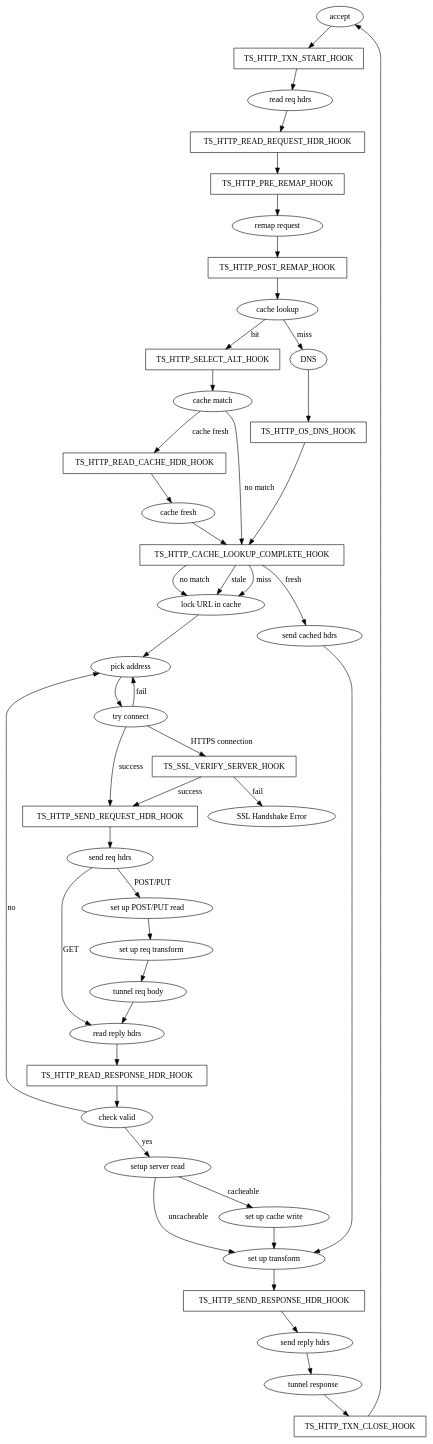
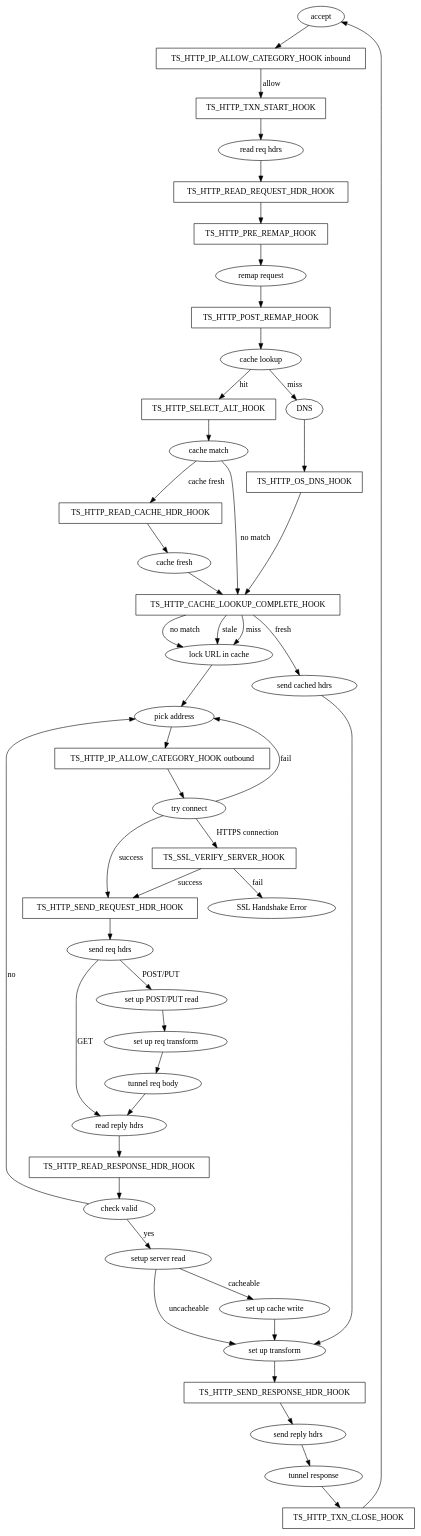
The diagram in doc/developer-guide/plugins/hooks-and-transactions/index.en.rst (apache/trafficserver), drawn with Graphviz before and after one commit. The commit also changed 27 other files, not shown here.

First line of the commit message:
Core implementation of ip_category for ip_allow.yaml

```diff
--- a/doc/developer-guide/plugins/hooks-and-transactions/index.en.rst
+++ b/doc/developer-guide/plugins/hooks-and-transactions/index.en.rst
@@ -96,68 +96,72 @@
 .. graphviz::
    :alt: HTTP Transaction State Diagram
 
    digraph http_txn_state_diagram{
-     accept -> TS_HTTP_TXN_START_HOOK;
+     accept -> "TS_HTTP_IP_ALLOW_CATEGORY_HOOK inbound";
+     "TS_HTTP_IP_ALLOW_CATEGORY_HOOK inbound" -> TS_HTTP_TXN_START_HOOK [label = "allow"];
      TS_HTTP_TXN_START_HOOK -> "read req hdrs";
      "read req hdrs" -> TS_HTTP_READ_REQUEST_HDR_HOOK;
      TS_HTTP_READ_REQUEST_HDR_HOOK -> TS_HTTP_PRE_REMAP_HOOK;
      TS_HTTP_PRE_REMAP_HOOK -> "remap request";
      "remap request" -> TS_HTTP_POST_REMAP_HOOK;
      TS_HTTP_POST_REMAP_HOOK -> "cache lookup";
      "cache lookup" -> DNS [label = "miss"];
      DNS -> TS_HTTP_OS_DNS_HOOK;
      TS_HTTP_OS_DNS_HOOK -> TS_HTTP_CACHE_LOOKUP_COMPLETE_HOOK;
      "cache lookup" -> TS_HTTP_SELECT_ALT_HOOK [label = "hit"];
      TS_HTTP_SELECT_ALT_HOOK -> "cache match";
      "cache match" -> TS_HTTP_CACHE_LOOKUP_COMPLETE_HOOK [label="no match"];
      "cache match" -> TS_HTTP_READ_CACHE_HDR_HOOK [label = "cache fresh"];
      TS_HTTP_READ_CACHE_HDR_HOOK -> "cache fresh";
      "cache fresh" -> TS_HTTP_CACHE_LOOKUP_COMPLETE_HOOK;
      TS_HTTP_CACHE_LOOKUP_COMPLETE_HOOK -> "lock URL in cache" [label = "miss"];
      TS_HTTP_CACHE_LOOKUP_COMPLETE_HOOK -> "lock URL in cache" [label = "no match  "];
      TS_HTTP_CACHE_LOOKUP_COMPLETE_HOOK -> "lock URL in cache" [label = "stale"];
      TS_HTTP_CACHE_LOOKUP_COMPLETE_HOOK -> "send cached hdrs" [label = "fresh"];
      "send cached hdrs" -> "set up transform";
      "lock URL in cache" -> "pick address";
-     "pick address" -> "try connect" [label = "       "];
+     "pick address" -> "TS_HTTP_IP_ALLOW_CATEGORY_HOOK outbound";
+     "TS_HTTP_IP_ALLOW_CATEGORY_HOOK outbound" -> "try connect" [label = "       "];
      "try connect" -> "pick address" [label = "fail"];
      "try connect" -> TS_SSL_VERIFY_SERVER_HOOK [label = "HTTPS connection"];
      TS_SSL_VERIFY_SERVER_HOOK -> TS_HTTP_SEND_REQUEST_HDR_HOOK [label = "success"];
      TS_SSL_VERIFY_SERVER_HOOK -> "SSL Handshake Error" [label = "fail"];
      "try connect" -> TS_HTTP_SEND_REQUEST_HDR_HOOK [label = "success"];
      TS_HTTP_SEND_REQUEST_HDR_HOOK -> "send req hdrs";
      "send req hdrs" -> "set up POST/PUT read" [label = "POST/PUT"];
      "send req hdrs" -> "read reply hdrs" [label = "GET"];
      "set up POST/PUT read" -> "set up req transform";
      "set up req transform" -> "tunnel req body";
      "tunnel req body" -> "read reply hdrs";
      "read reply hdrs" -> TS_HTTP_READ_RESPONSE_HDR_HOOK;
      TS_HTTP_READ_RESPONSE_HDR_HOOK -> "check valid";
      "check valid" -> "setup server read" [label = "yes"];
      "check valid" -> "pick address" [label = "no"];
      "setup server read" -> "set up cache write" [label = "cacheable"];
      "setup server read" -> "set up transform" [label = "uncacheable"];
      "set up cache write" -> "set up transform";
      "set up transform" -> TS_HTTP_SEND_RESPONSE_HDR_HOOK;
      TS_HTTP_SEND_RESPONSE_HDR_HOOK -> "send reply hdrs";
      "send reply hdrs" -> "tunnel response";
      "tunnel response" -> TS_HTTP_TXN_CLOSE_HOOK;
      TS_HTTP_TXN_CLOSE_HOOK -> accept;
 
      TS_HTTP_TXN_START_HOOK [shape=box];
      TS_HTTP_READ_REQUEST_HDR_HOOK [shape = box];
      TS_HTTP_PRE_REMAP_HOOK [shape = box];
      TS_HTTP_POST_REMAP_HOOK [shape = box];
      TS_HTTP_OS_DNS_HOOK [shape = box];
      TS_HTTP_CACHE_LOOKUP_COMPLETE_HOOK[shape = box];
      TS_HTTP_SELECT_ALT_HOOK [shape = box];
+     "TS_HTTP_IP_ALLOW_CATEGORY_HOOK inbound" [shape = box];
+     "TS_HTTP_IP_ALLOW_CATEGORY_HOOK outbound" [shape = box];
      TS_HTTP_READ_CACHE_HDR_HOOK [shape = box];
      TS_SSL_VERIFY_SERVER_HOOK [shape = box];
      TS_SSL_VERIFY_SERVER_HOOK [tooltip = "verify server certificate"];
      TS_HTTP_SEND_REQUEST_HDR_HOOK [shape = box];
      "set up req transform" [tooltip = "req transform takes place here"];
      TS_HTTP_READ_RESPONSE_HDR_HOOK [shape = box];
      "set up transform" [tooltip = "response transform takes place here"];
      TS_HTTP_SEND_RESPONSE_HDR_HOOK [shape = box];
      TS_HTTP_TXN_CLOSE_HOOK [shape = box];
    }
```
